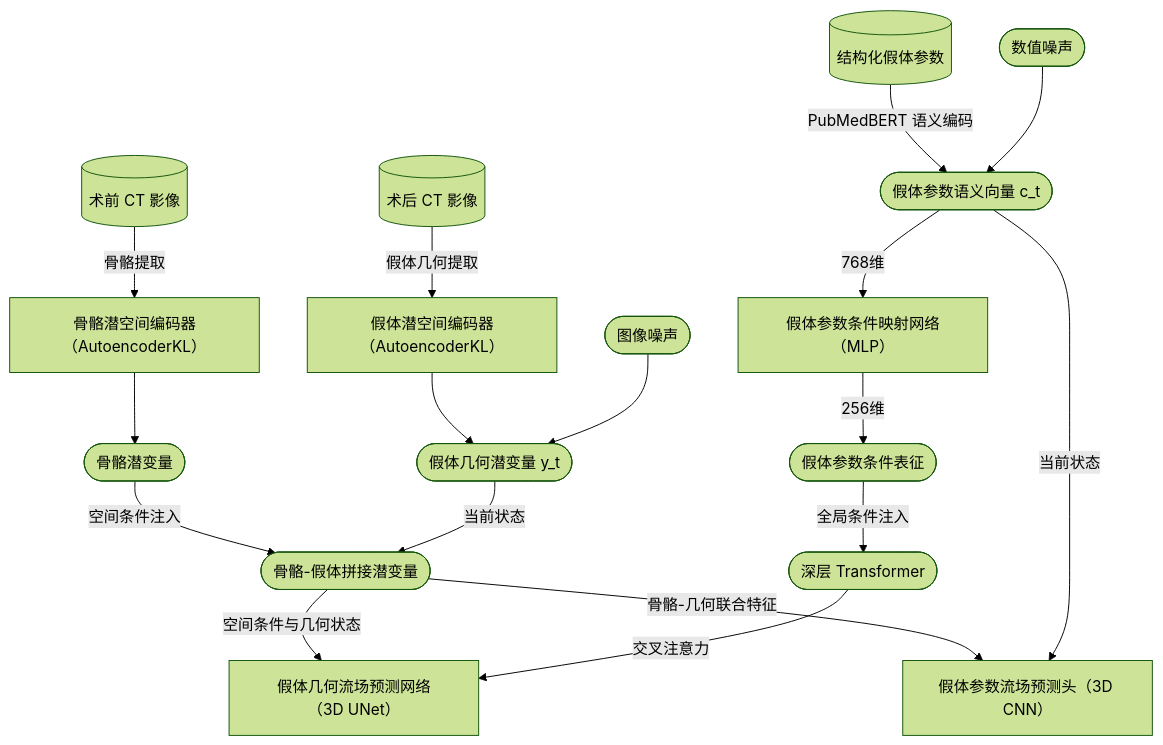
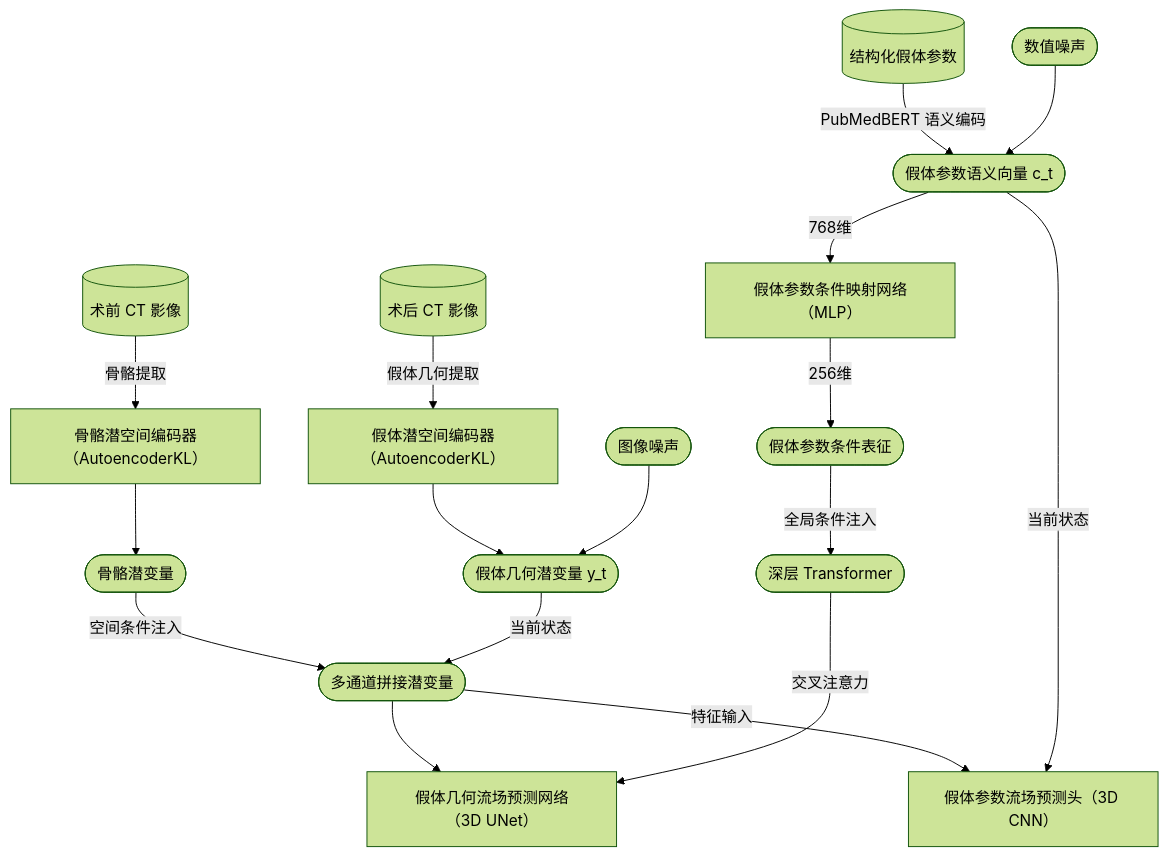
The first of 4 diagrams in README.md (doidio/nonahip), drawn with Mermaid (forest theme) before and after one commit. The commit also changed other lines of this file, not shown here.

````diff
--- a/README.md
+++ b/README.md
@@ -64,49 +64,48 @@
 ```mermaid
 flowchart TB
-  %% 数据输入
-  pre[(术前 CT 影像)]
-  post[(术后 CT 影像)]
-  record[(结构化假体参数)]
+  %% 输入数据
+  pre_ct[(术前 CT 影像)]
+  post_ct[(术后 CT 影像)]
+  param_record[(结构化假体参数)]
 
-  %% 数据特征
-  bone_latent([骨骼潜变量])
-  pros_latent(["假体几何潜变量 y_t"])
-  param_vec(["假体参数语义向量 c_t"])
-  token([假体参数条件表征])
-  noise_c([数值噪声])
+  %% 潜空间状态
+  z_bone([骨骼潜变量])
+  z_impl_t([假体几何潜变量 y_t])
+  c_t([假体参数语义向量 c_t])
+  c_token([假体参数条件表征])
+  eps_y([图像噪声])
+  eps_c([数值噪声])
   
-  %% 联合输入
-  input_tensor([骨骼-假体拼接潜变量])
+  %% 多模态输入
+  z_concat([多通道拼接潜变量])
 
-  %% 预测输出
+  %% 网络模块
+  bone_encoder[骨骼潜空间编码器（AutoencoderKL）]
+  impl_encoder[假体潜空间编码器（AutoencoderKL）]
+  geom_flow[假体几何流场预测网络（3D UNet）]
+  param_flow[假体参数流场预测头（3D CNN）]
+  param_embedder[假体参数条件映射网络（MLP）]
+  deep_transformer([深层 Transformer])
 
-  %% 模型
-  bone_ae[骨骼潜空间编码器（AutoencoderKL）]
-  pros_ae[假体潜空间编码器（AutoencoderKL）]
-  noise_y([图像噪声])
-  unet[假体几何流场预测网络（3D UNet）]
-  param_head[假体参数流场预测头（3D CNN）]
-  embedder[假体参数条件映射网络（MLP）]
-  transformer([深层 Transformer])
+  %% 编码与加噪
+  pre_ct -->|骨骼提取| bone_encoder --> z_bone
+  post_ct -->|假体几何提取| impl_encoder --> z_impl_t
+  eps_y --> z_impl_t
 
-  %% 流程连线
-  pre -->|"骨骼提取"| bone_ae --> bone_latent
-  post -->|"假体几何提取"| pros_ae --> pros_latent
-  noise_y --> pros_latent
+  param_record -->|PubMedBERT 语义编码| c_t
+  eps_c --> c_t
+  
+  c_t -->|768维| param_embedder -->|256维| c_token
 
-  record -->|"PubMedBERT 语义编码"| param_vec
-  noise_c --> param_vec
-  
-  param_vec -->|"768维"| embedder -->|"256维"| token
+  %% 条件注入
+  z_bone -->|空间条件注入| z_concat
+  z_impl_t -->|当前状态| z_concat
 
-  bone_latent -->|"空间条件注入"| input_tensor
-  pros_latent -->|"当前状态"| input_tensor
+  z_concat --> geom_flow
+  c_token -->|全局条件注入| deep_transformer
+  deep_transformer --->|交叉注意力| geom_flow
 
-  input_tensor -->|"空间条件与几何状态"| unet
-  token -->|"全局条件注入"| transformer
-  transformer -->|"交叉注意力"| unet
-
-  input_tensor -->|"骨骼-几何联合特征"| param_head
-  param_vec -->|"当前状态"| param_head
+  z_concat -->|特征输入| param_flow
+  c_t -->|当前状态| param_flow
 
 ```
````
